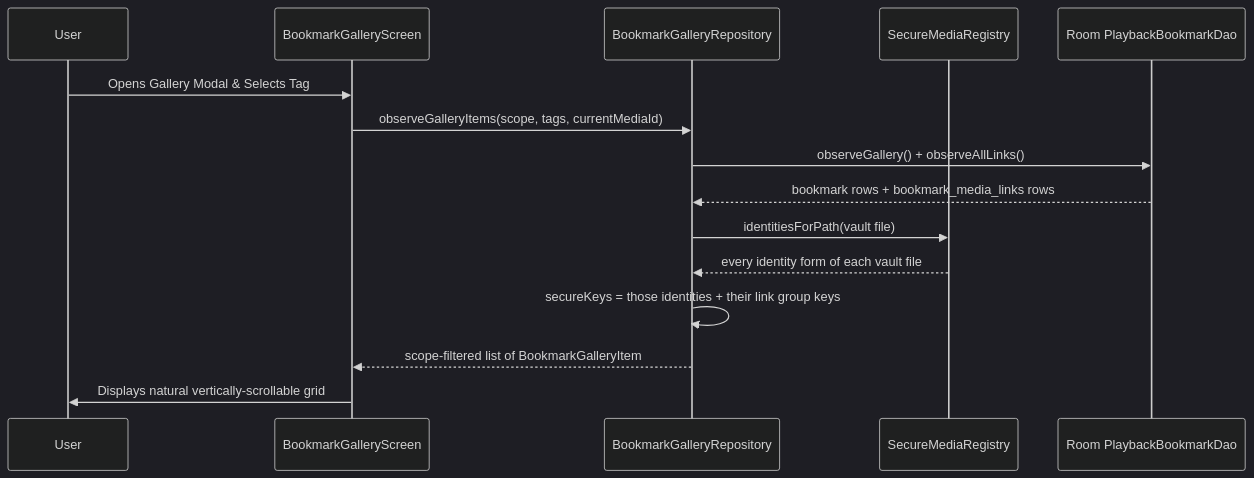
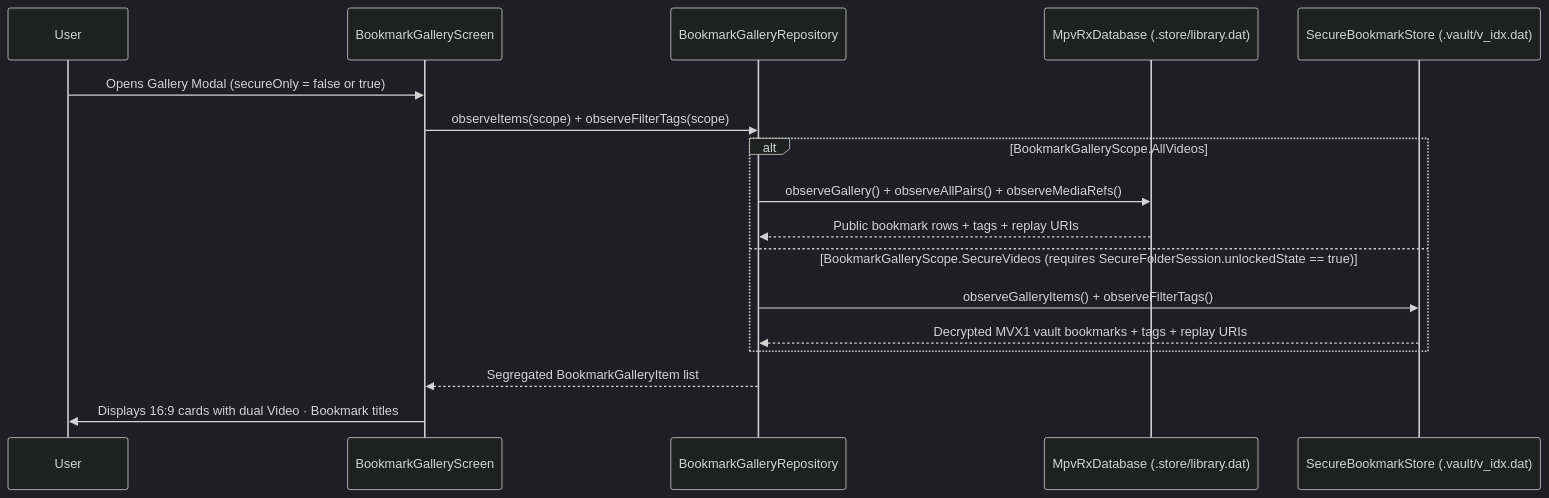
One commit to Mostakim2005/mpvRx changed the fourth of 8 diagrams in docs/ARCHITECTURE.md. Above: the diagram before and after it, drawn with Mermaid (dark theme). The commit also changed other lines of this file and 51 other files, not shown here.

Commit message:
feat(secure): segregate vault DB, encrypt durable storage with MVX1 AES-CTR, and fix bookmark scopes

````diff
--- a/docs/ARCHITECTURE.md
+++ b/docs/ARCHITECTURE.md
@@ -145,18 +145,20 @@
 ```mermaid
 sequenceDiagram
     participant User
     participant Gallery as BookmarkGalleryScreen
     participant Repo as BookmarkGalleryRepository
-    participant Sec as SecureMediaRegistry
-    participant DB as Room PlaybackBookmarkDao
+    participant PubDB as MpvRxDatabase (.store/library.dat)
+    participant SecStore as SecureBookmarkStore (.vault/v_idx.dat)
 
-    User->>Gallery: Opens Gallery Modal & Selects Tag
-    Gallery->>Repo: observeGalleryItems(scope, tags, currentMediaId)
-    Repo->>DB: observeGallery() + observeAllLinks()
-    DB-->>Repo: bookmark rows + bookmark_media_links rows
-    Repo->>Sec: identitiesForPath(vault file)
-    Sec-->>Repo: every identity form of each vault file
-    Repo->>Repo: secureKeys = those identities + their link group keys
-    Repo-->>Gallery: scope-filtered list of BookmarkGalleryItem
-    Gallery->>User: Displays natural vertically-scrollable grid
+    User->>Gallery: Opens Gallery Modal (secureOnly = false or true)
+    Gallery->>Repo: observeItems(scope) + observeFilterTags(scope)
+    alt BookmarkGalleryScope.AllVideos
+        Repo->>PubDB: observeGallery() + observeAllPairs() + observeMediaRefs()
+        PubDB-->>Repo: Public bookmark rows + tags + replay URIs
+    else BookmarkGalleryScope.SecureVideos (requires SecureFolderSession.unlockedState == true)
+        Repo->>SecStore: observeGalleryItems() + observeFilterTags()
+        SecStore-->>Repo: Decrypted MVX1 vault bookmarks + tags + replay URIs
+    end
+    Repo-->>Gallery: Segregated BookmarkGalleryItem list
+    Gallery->>User: Displays 16:9 cards with dual Video · Bookmark titles
 ```
````
